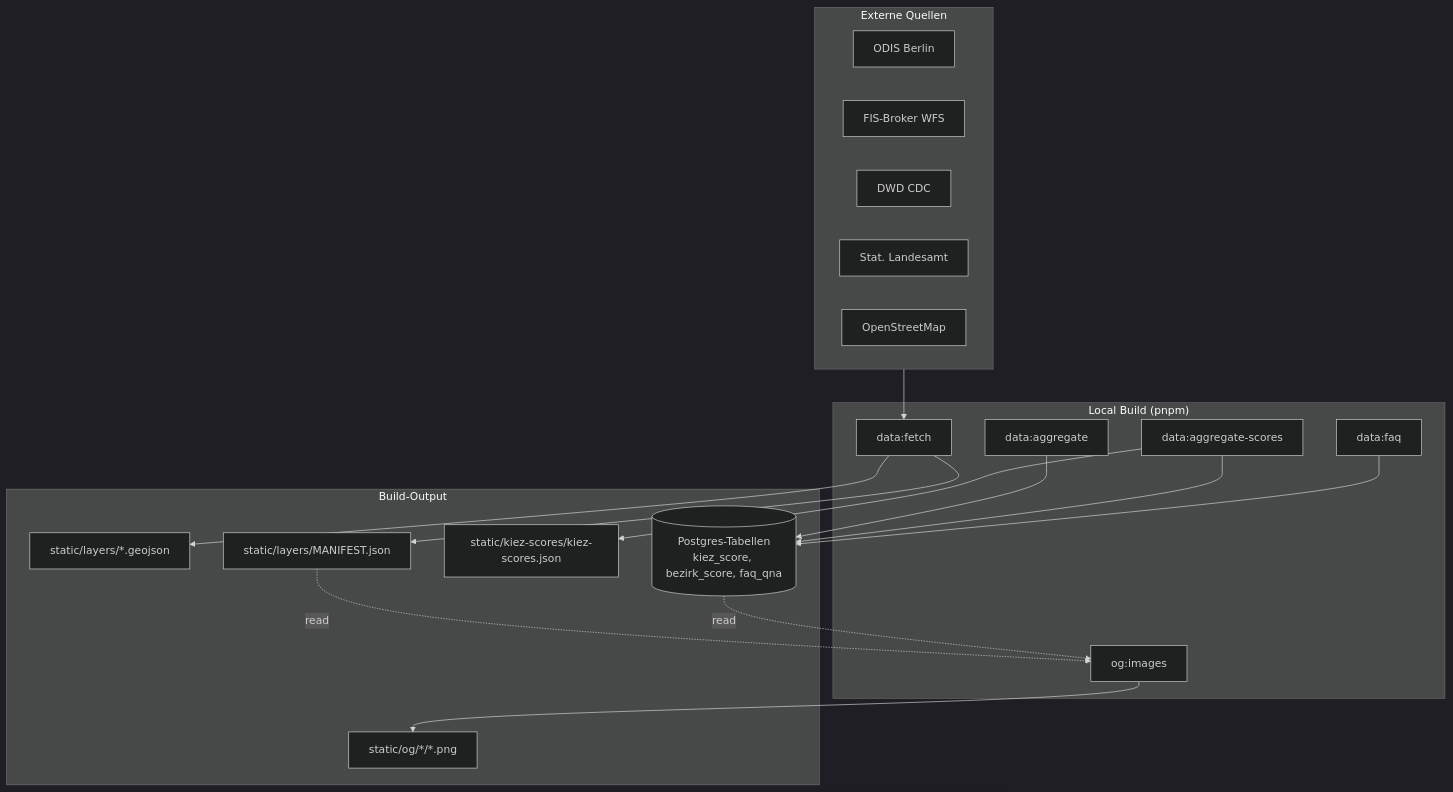
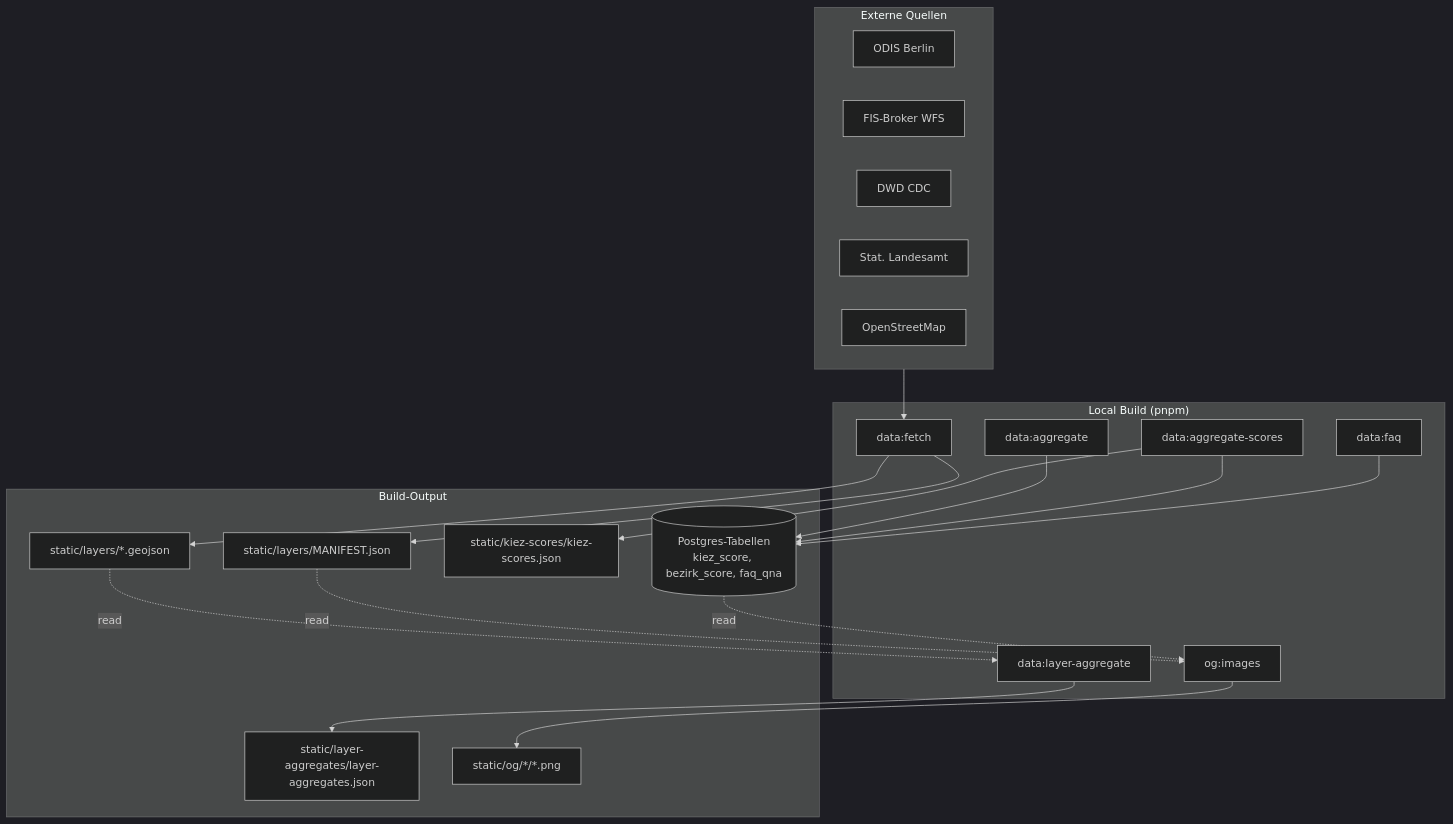
The second of 4 diagrams in docs/architecture/system-map.md (mschmdb/navigator-berlin), drawn with Mermaid (dark theme) before and after one commit. The commit also changed 66 other files, not shown here.

````diff
--- a/docs/architecture/system-map.md
+++ b/docs/architecture/system-map.md
@@ -58,37 +58,41 @@
 ```mermaid
 graph TB
   subgraph External["Externe Quellen"]
     ODIS[ODIS Berlin]
     FIS[FIS-Broker WFS]
     DWD[DWD CDC]
     Stat[Stat. Landesamt]
     OSM[OpenStreetMap]
   end
 
   subgraph Local["Local Build (pnpm)"]
     Fetch[data:fetch]
     Aggregate[data:aggregate]
     Scores[data:aggregate-scores]
+    LayerAgg[data:layer-aggregate]
     FAQ[data:faq]
     OG[og:images]
   end
 
   subgraph Output["Build-Output"]
     StaticLayers[static/layers/*.geojson]
     Manifest[static/layers/MANIFEST.json]
     KiezScores[static/kiez-scores/kiez-scores.json]
+    LayerAggJson[static/layer-aggregates/layer-aggregates.json]
     OGPNGs[static/og/*/*.png]
     PGData[(Postgres-Tabellen<br/>kiez_score, bezirk_score, faq_qna)]
   end
 
   External --> Fetch
   Fetch --> StaticLayers
   Fetch --> Manifest
   Aggregate --> PGData
   Scores --> PGData
   Scores --> KiezScores
+  StaticLayers -.read.-> LayerAgg
+  LayerAgg --> LayerAggJson
   FAQ --> PGData
   OG --> OGPNGs
   Manifest -.read.-> OG
   PGData -.read.-> OG
 ```
````
